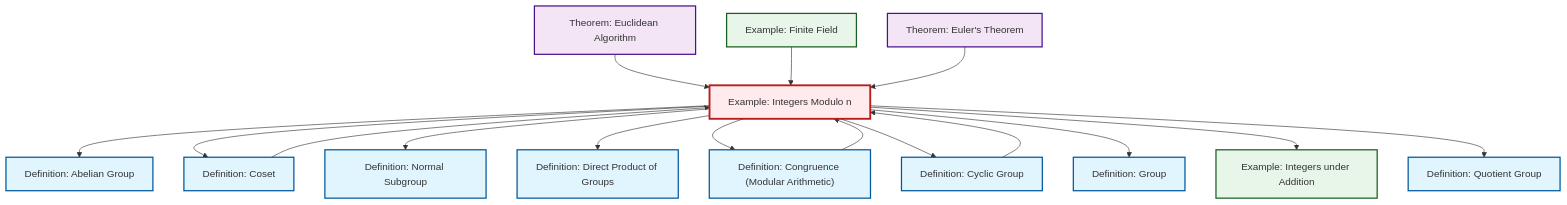
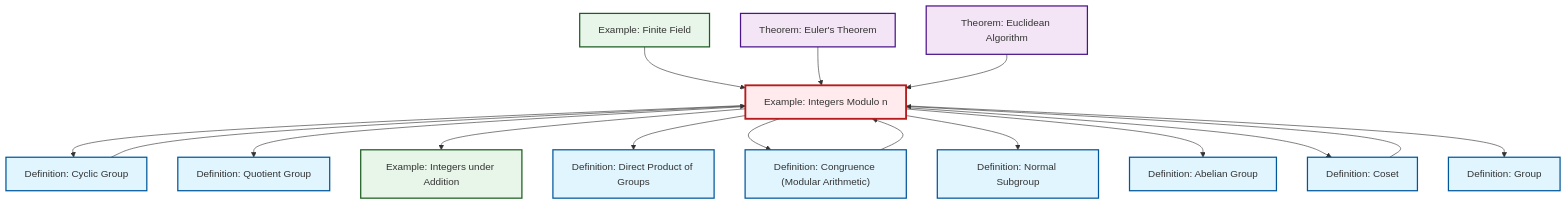
Before and after one commit to RK0429/ModernMath: the diagram in content/ja/algebra/ex-quotient-integers-mod-n.qmd, drawn with Mermaid. The commit also changed other lines of this file and 554 other files, not shown here.

````diff
--- a/content/ja/algebra/ex-quotient-integers-mod-n.qmd
+++ b/content/ja/algebra/ex-quotient-integers-mod-n.qmd
@@ -134,50 +134,50 @@
 ```{mermaid}
 %%| fig-cap: "Local dependency graph"
 graph TD
     classDef definition fill:#e1f5fe,stroke:#01579b,stroke-width:2px
     classDef theorem fill:#f3e5f5,stroke:#4a148c,stroke-width:2px
     classDef axiom fill:#fff3e0,stroke:#e65100,stroke-width:2px
     classDef example fill:#e8f5e9,stroke:#1b5e20,stroke-width:2px
     classDef current fill:#ffebee,stroke:#b71c1c,stroke-width:3px
+    def-quotient-group["Definition: Quotient Group"]:::definition
+    def-direct-product["Definition: Direct Product of Groups"]:::definition
     ex-finite-field["Example: Finite Field"]:::example
     def-abelian-group["Definition: Abelian Group"]:::definition
+    ex-quotient-integers-mod-n["Example: Integers Modulo n"]:::example
+    ex-integers-addition["Example: Integers under Addition"]:::example
     def-cyclic-group["Definition: Cyclic Group"]:::definition
-    def-quotient-group["Definition: Quotient Group"]:::definition
     thm-euler["Theorem: Euler's Theorem"]:::theorem
-    def-direct-product["Definition: Direct Product of Groups"]:::definition
-    def-congruence["Definition: Congruence (Modular Arithmetic)"]:::definition
     def-group["Definition: Group"]:::definition
     def-normal-subgroup["Definition: Normal Subgroup"]:::definition
-    ex-quotient-integers-mod-n["Example: Integers Modulo n"]:::example
-    ex-integers-addition["Example: Integers under Addition"]:::example
+    def-congruence["Definition: Congruence (Modular Arithmetic)"]:::definition
     def-coset["Definition: Coset"]:::definition
     thm-euclidean-algorithm["Theorem: Euclidean Algorithm"]:::theorem
-    def-cyclic-group --> ex-quotient-integers-mod-n
-    def-coset --> ex-quotient-integers-mod-n
-    ex-quotient-integers-mod-n --> def-abelian-group
-    thm-euclidean-algorithm --> ex-quotient-integers-mod-n
-    ex-finite-field --> ex-quotient-integers-mod-n
-    ex-quotient-integers-mod-n --> def-coset
-    thm-euler --> ex-quotient-integers-mod-n
-    ex-quotient-integers-mod-n --> def-normal-subgroup
+    ex-quotient-integers-mod-n --> def-cyclic-group
+    ex-quotient-integers-mod-n --> def-quotient-group
+    ex-quotient-integers-mod-n --> ex-integers-addition
     ex-quotient-integers-mod-n --> def-direct-product
     ex-quotient-integers-mod-n --> def-congruence
-    ex-quotient-integers-mod-n --> def-cyclic-group
+    ex-finite-field --> ex-quotient-integers-mod-n
+    ex-quotient-integers-mod-n --> def-normal-subgroup
+    def-coset --> ex-quotient-integers-mod-n
+    thm-euler --> ex-quotient-integers-mod-n
+    thm-euclidean-algorithm --> ex-quotient-integers-mod-n
+    ex-quotient-integers-mod-n --> def-abelian-group
+    ex-quotient-integers-mod-n --> def-coset
     ex-quotient-integers-mod-n --> def-group
     def-congruence --> ex-quotient-integers-mod-n
-    ex-quotient-integers-mod-n --> ex-integers-addition
-    ex-quotient-integers-mod-n --> def-quotient-group
+    def-cyclic-group --> ex-quotient-integers-mod-n
     class ex-quotient-integers-mod-n current
+    click def-quotient-group "def-quotient-group.html" "Definition: Quotient Groupへ"
+    click def-direct-product "def-direct-product.html" "Definition: Direct Product of Groupsへ"
     click ex-finite-field "ex-finite-field.html" "Example: Finite Fieldへ"
     click def-abelian-group "def-abelian-group.html" "Definition: Abelian Groupへ"
+    click ex-integers-addition "ex-integers-addition.html" "Example: Integers under Additionへ"
     click def-cyclic-group "def-cyclic-group.html" "Definition: Cyclic Groupへ"
-    click def-quotient-group "def-quotient-group.html" "Definition: Quotient Groupへ"
     click thm-euler "thm-euler.html" "Theorem: Euler's Theoremへ"
-    click def-direct-product "def-direct-product.html" "Definition: Direct Product of Groupsへ"
-    click def-congruence "def-congruence.html" "Definition: Congruence (Modular Arithmetic)へ"
     click def-group "def-group.html" "Definition: Groupへ"
     click def-normal-subgroup "def-normal-subgroup.html" "Definition: Normal Subgroupへ"
-    click ex-integers-addition "ex-integers-addition.html" "Example: Integers under Additionへ"
+    click def-congruence "def-congruence.html" "Definition: Congruence (Modular Arithmetic)へ"
     click def-coset "def-coset.html" "Definition: Cosetへ"
     click thm-euclidean-algorithm "thm-euclidean-algorithm.html" "Theorem: Euclidean Algorithmへ"
 ```
````
